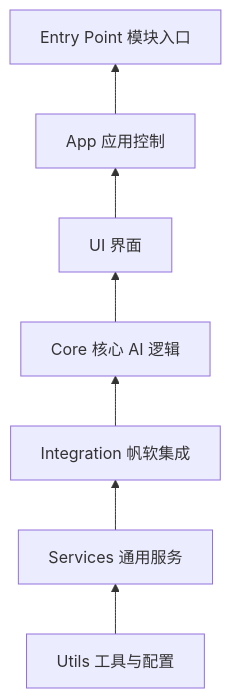
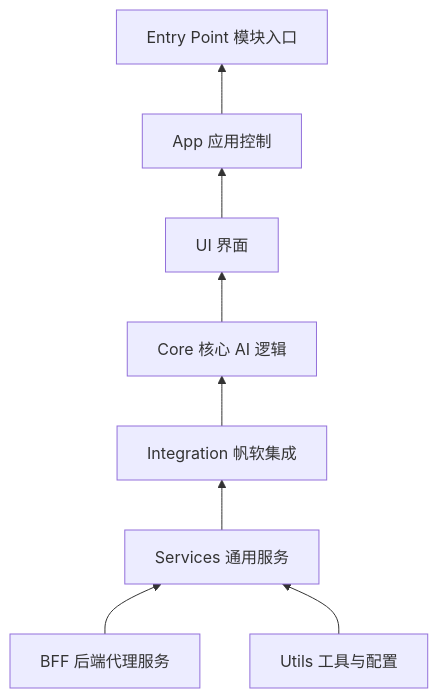
One commit to HaochenFa/Smart-FineReport changed the diagram in README.md. Above: the diagram before and after it, drawn with Mermaid.

Commit message:
docs: update README to include BFF service and adjust flowchart connections

````diff
--- a/README.md
+++ b/README.md
@@ -22,11 +22,14 @@
 ```mermaid
 flowchart BT
+    id0[BFF 后端代理服务]
     id1[Utils 工具与配置]
     id2[Services 通用服务]
     id3[Integration 帆软集成]
     id4[Core 核心 AI 逻辑]
     id5[UI 界面]
     id6[App 应用控制]
     id7[Entry Point 模块入口]
-    id1 --> id2 --> id3 --> id4 --> id5 --> id6 --> id7
+    id0 --> id2
+    id1 --> id2
+    id2 --> id3 --> id4 --> id5 --> id6 --> id7
 ```
````
